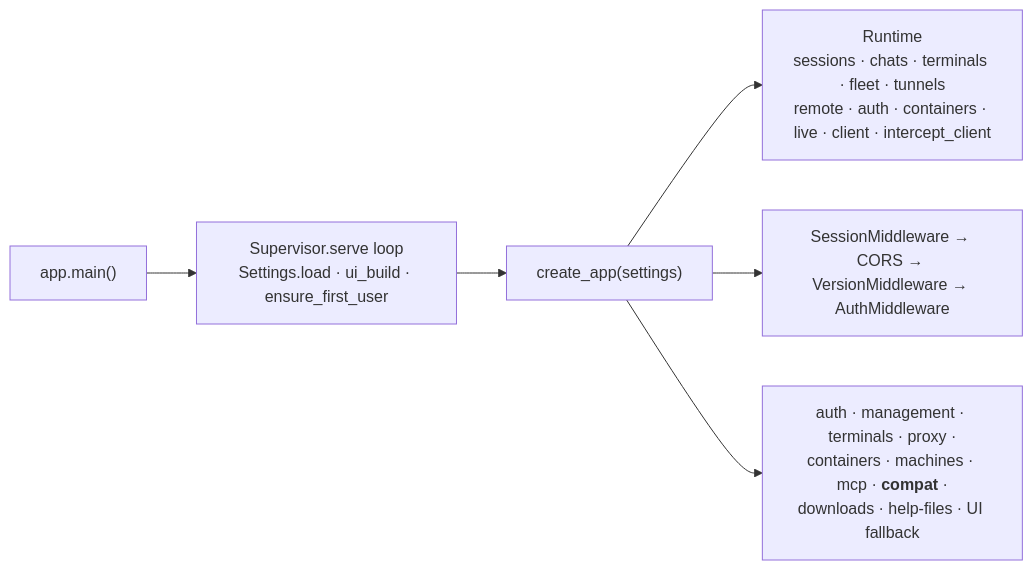
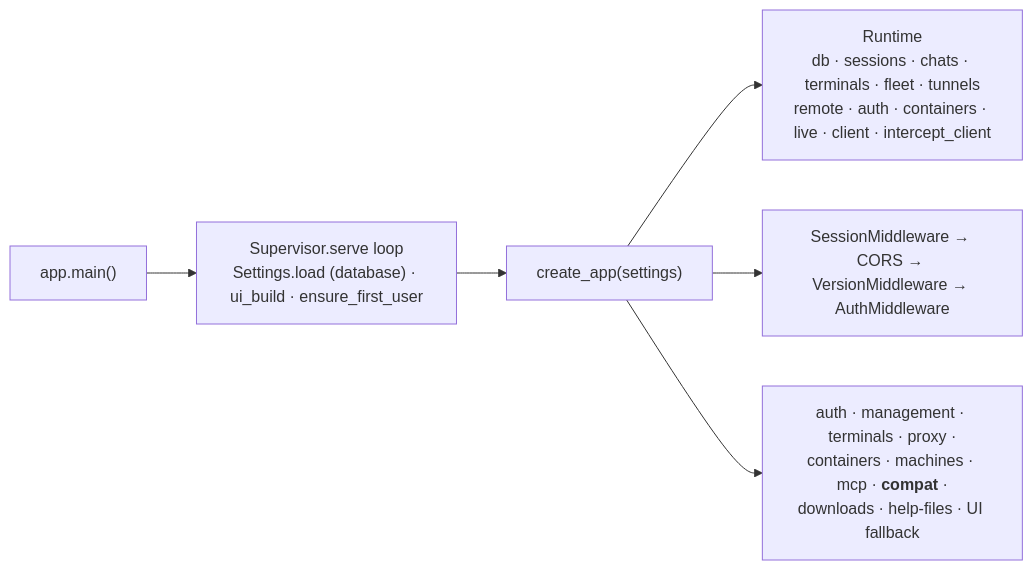
Before and after one commit to joeyenfield/ai-coding-agent-proxy: the first of 2 diagrams in .context/server.md, drawn with Mermaid. The commit also changed other lines of this file and 106 other files, not shown here.

Commit message:
Keep all server storage in a database: PostgreSQL, or SQLite by default; settings, accounts, fleet, recordings and issuer state, imported from older installs

````diff
--- a/.context/server.md
+++ b/.context/server.md
@@ -20,8 +22,8 @@
 ```mermaid
 flowchart LR
-  main["app.main()"] --> sup["Supervisor.serve loop<br/>Settings.load · ui_build · ensure_first_user"]
+  main["app.main()"] --> sup["Supervisor.serve loop<br/>Settings.load (database) · ui_build · ensure_first_user"]
   sup --> create["create_app(settings)"]
-  create --> rt["Runtime<br/>sessions · chats · terminals · fleet · tunnels<br/>remote · auth · containers · live · client · intercept_client"]
+  create --> rt["Runtime<br/>db · sessions · chats · terminals · fleet · tunnels<br/>remote · auth · containers · live · client · intercept_client"]
   create --> mw["SessionMiddleware → CORS → VersionMiddleware → AuthMiddleware"]
   create --> routers["auth · management · terminals · proxy ·<br/>containers · machines · mcp · <b>compat</b> ·<br/>downloads · help-files · UI fallback"]
 ```
````
